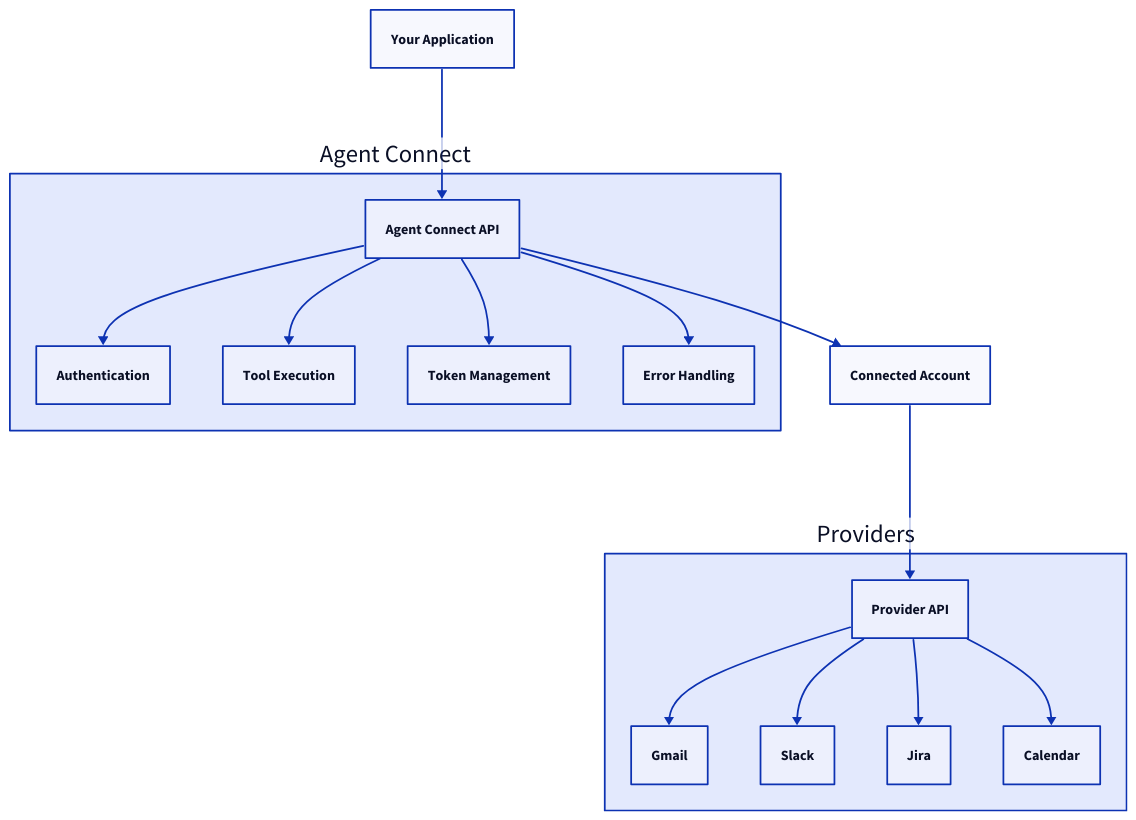
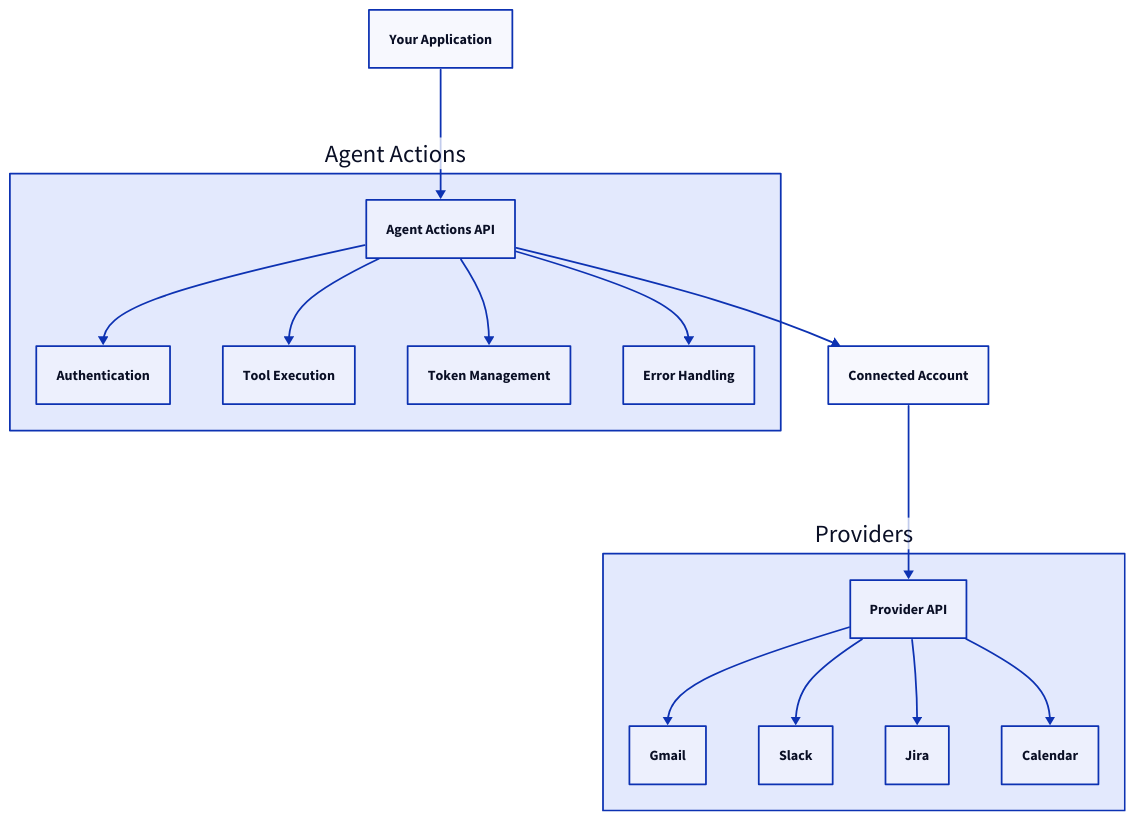
Before and after one commit to scalekit-inc/developer-docs: the diagram in src/content/docs/connect/overview.mdx, drawn with D2. The commit also changed other lines of this file and 32 other files, not shown here.

First line of the commit message:
refactor(docs): update references from Agent Connect to Agent Actions for consistency

````diff
--- a/src/content/docs/connect/overview.mdx
+++ b/src/content/docs/connect/overview.mdx
@@ -57,36 +57,36 @@
 ```d2
 direction: down
 
 A: "Your Application"
 C: "Connected Account"
 
 AgentConnect: {
-  label: "Agent Connect"
-  B: "Agent Connect API"
+  label: "Agent Actions"
+  B: "Agent Actions API"
   E: "Authentication"
   F: "Tool Execution"
   G: "Token Management"
   H: "Error Handling"
   B -> E
   B -> F
   B -> G
   B -> H
 }
 
 Providers: {
   label: "Providers"
   D: "Provider API"
   I: "Gmail"
   J: "Slack"
   K: "Jira"
   L: "Calendar"
   D -> I
   D -> J
   D -> K
   D -> L
 }
 
 A -> AgentConnect.B
 AgentConnect.B -> C
 C -> Providers.D
 ```
````
